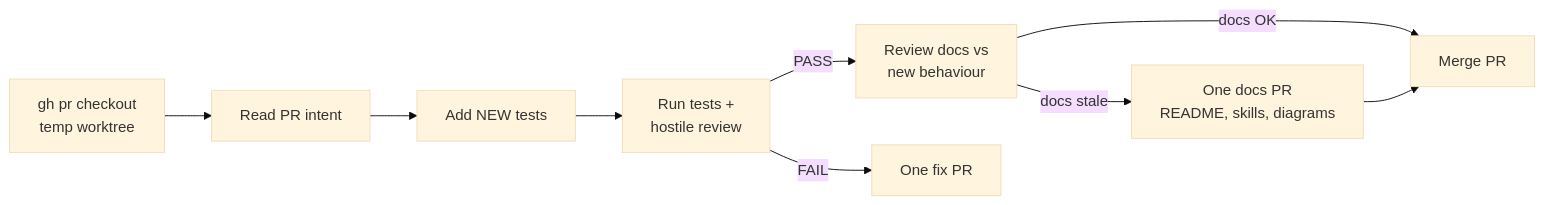
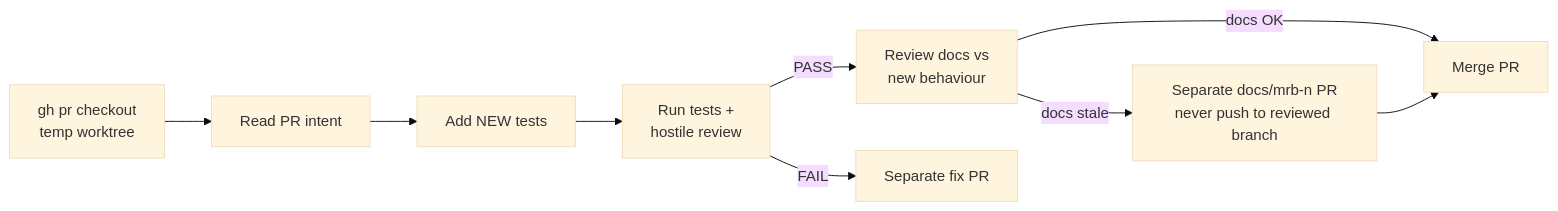
One commit to SimonBarnett/agentic_build changed the diagram in .grok/skills/bob-mrb-worker/SKILL.md. Above: the diagram before and after it, drawn with Mermaid (base theme). The commit also changed other lines of this file and 7 other files, not shown here.

Commit message:
feat(#348): MRB docs/fix stay on separate PRs; never push to reviewed branch

````diff
--- a/.grok/skills/bob-mrb-worker/SKILL.md
+++ b/.grok/skills/bob-mrb-worker/SKILL.md
@@ -40,11 +43,11 @@
 ```mermaid
 flowchart LR
   A[gh pr checkout<br/>temp worktree] --> B[Read PR intent]
   B --> C[Add NEW tests]
   C --> D[Run tests +<br/>hostile review]
   D -->|PASS| E[Review docs vs<br/>new behaviour]
-  E -->|docs stale| F[One docs PR<br/>README, skills, diagrams]
+  E -->|docs stale| F[Separate docs/mrb-n PR<br/>never push to reviewed branch]
   E -->|docs OK| G[Merge PR]
   F --> G
-  D -->|FAIL| H[One fix PR]
+  D -->|FAIL| H[Separate fix PR]
 ```
````
